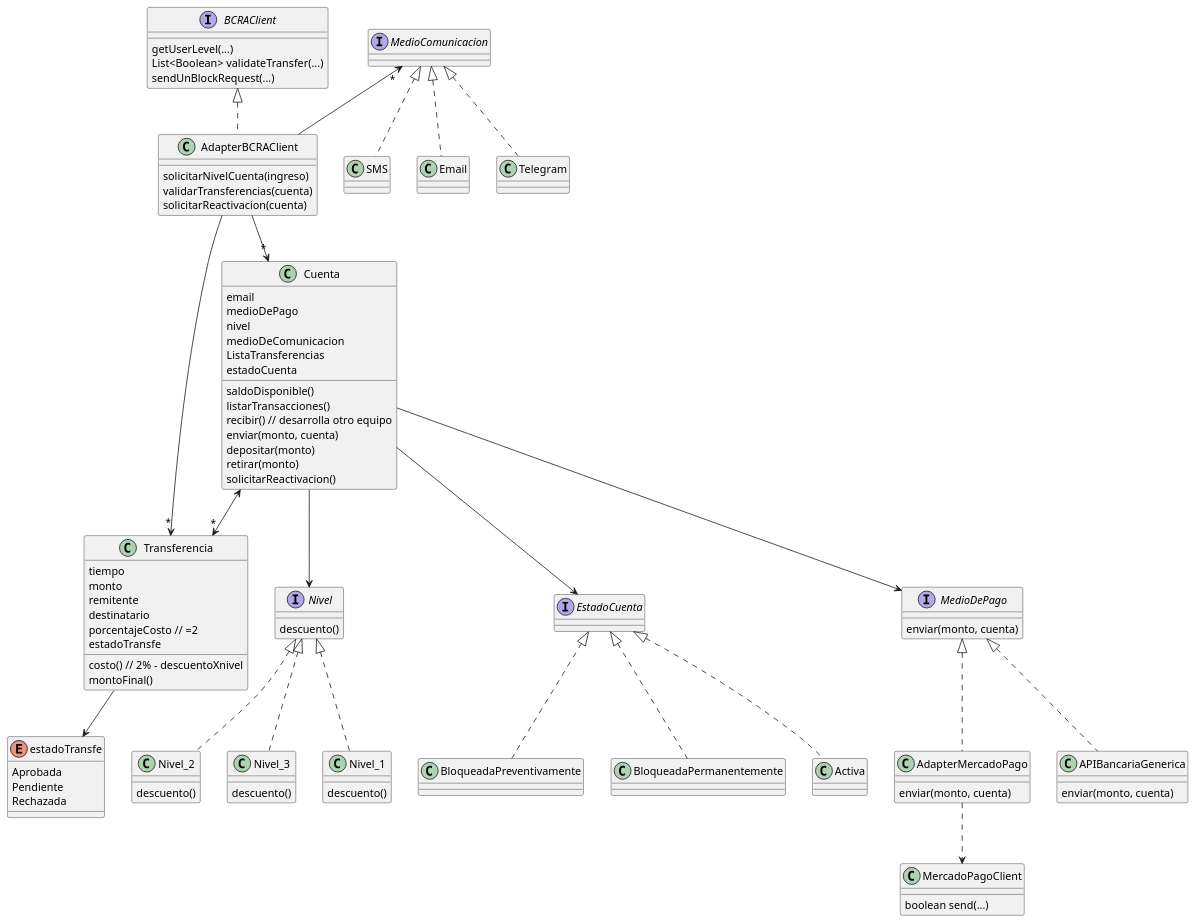
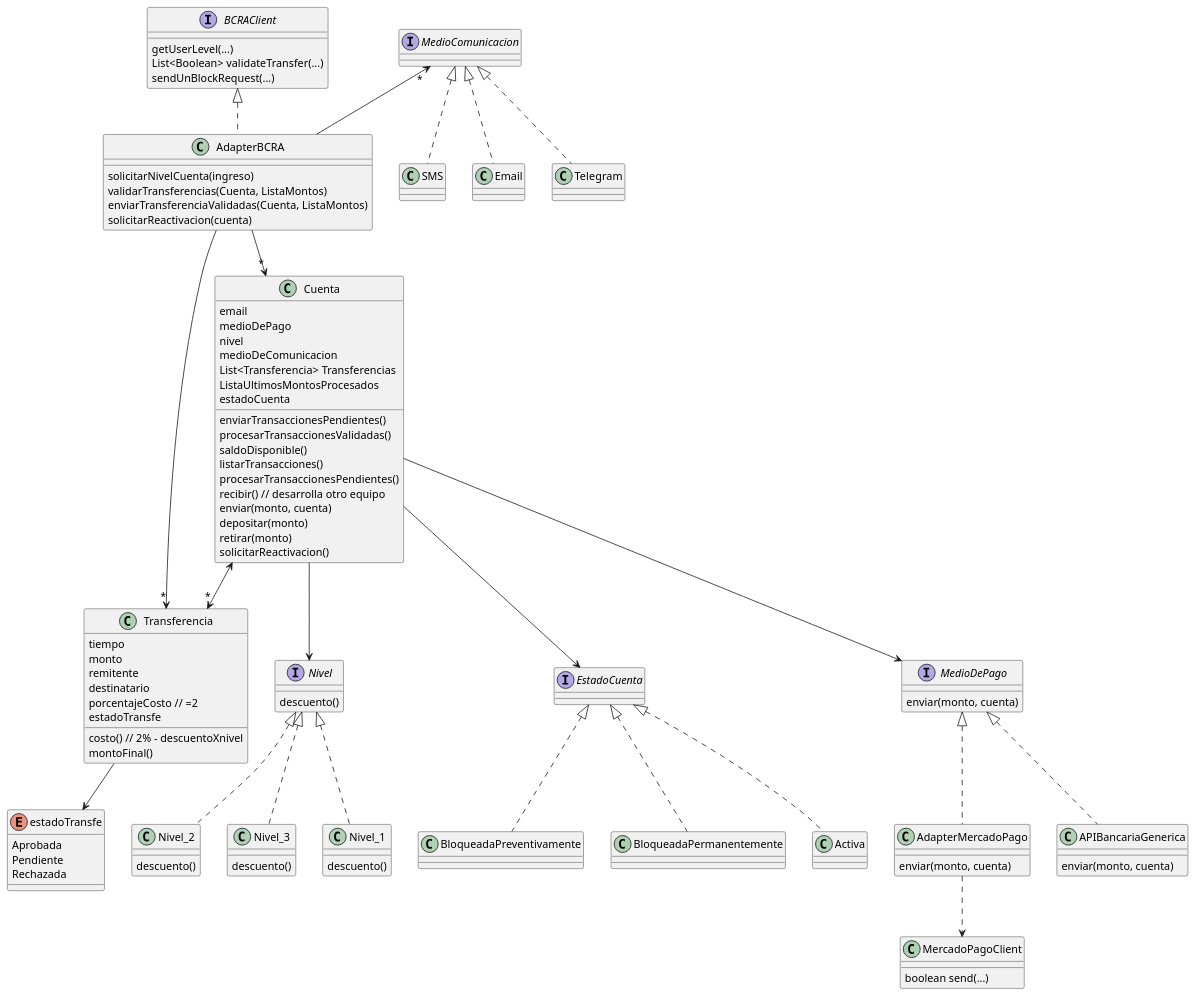
Before and after one commit to NicolasOcchi/DDS-1ros-Parciales: the diagram in src/main/java/1er Parcial Posta/1er Parcial.puml, drawn with PlantUML. The commit also changed 1 other file, not shown here.

```diff
--- a/src/main/java/1er Parcial Posta/1er Parcial.puml
+++ b/src/main/java/1er Parcial Posta/1er Parcial.puml
@@ -1,105 +1,110 @@
 @startuml
 class Cuenta{
 email
 medioDePago
 nivel
 medioDeComunicacion
-ListaTransferencias
+List<Transferencia> Transferencias
+ListaUltimosMontosProcesados
 estadoCuenta
+enviarTransaccionesPendientes()
+procesarTransaccionesValidadas()
 saldoDisponible()
 listarTransacciones()
+procesarTransaccionesPendientes()
 recibir() // desarrolla otro equipo
 enviar(monto, cuenta)
 depositar(monto)
 retirar(monto)
 solicitarReactivacion()
 }
 
 Cuenta --> MedioDePago
 Cuenta <-->"*" Transferencia
 Cuenta --> Nivel
 Cuenta --> EstadoCuenta
 
 interface Nivel{
 descuento()
 }
 
 class Nivel_1 implements Nivel{
 descuento()
 }
 class Nivel_2 implements Nivel{
 descuento()
 }
 class Nivel_3 implements Nivel{
 descuento()
 }
 
 interface MedioDePago{
 enviar(monto, cuenta)
 }
 
 class APIBancariaGenerica implements MedioDePago {
 enviar(monto, cuenta)
 }
 
 class AdapterMercadoPago implements MedioDePago{
 enviar(monto, cuenta)
 }
 AdapterMercadoPago ..> MercadoPagoClient
 
 class MercadoPagoClient{
 boolean send(...)
 }
 
 class Transferencia{
 tiempo
 monto
 remitente
 destinatario
 porcentajeCosto // =2
 costo() // 2% - descuentoXnivel
 montoFinal()
 estadoTransfe
 }
 
 Transferencia --> estadoTransfe
 
 enum estadoTransfe{
 Aprobada
 Pendiente
 Rechazada
 }
 
 interface EstadoCuenta{
 }
 
 class Activa implements EstadoCuenta{}
 class BloqueadaPreventivamente implements EstadoCuenta{}
 class BloqueadaPermanentemente implements EstadoCuenta{}
 
 interface BCRAClient{
 getUserLevel(...)
 List<Boolean> validateTransfer(...)
 sendUnBlockRequest(...)
 }
 
-class AdapterBCRAClient implements BCRAClient{
+class AdapterBCRA implements BCRAClient{
 solicitarNivelCuenta(ingreso)
-validarTransferencias(cuenta)
+validarTransferencias(Cuenta, ListaMontos)
+enviarTransferenciaValidadas(Cuenta, ListaMontos)
 solicitarReactivacion(cuenta)
 }
 
-AdapterBCRAClient -->"*" Transferencia
-AdapterBCRAClient -->"*" Cuenta
+AdapterBCRA -->"*" Transferencia
+AdapterBCRA -->"*" Cuenta
 
-MedioComunicacion "*"<-- AdapterBCRAClient
+MedioComunicacion "*"<-- AdapterBCRA
 
 interface MedioComunicacion{
 
 }
 
 class Telegram implements MedioComunicacion{}
 class SMS implements MedioComunicacion{}
 class Email implements MedioComunicacion{}
 
 @enduml
```
